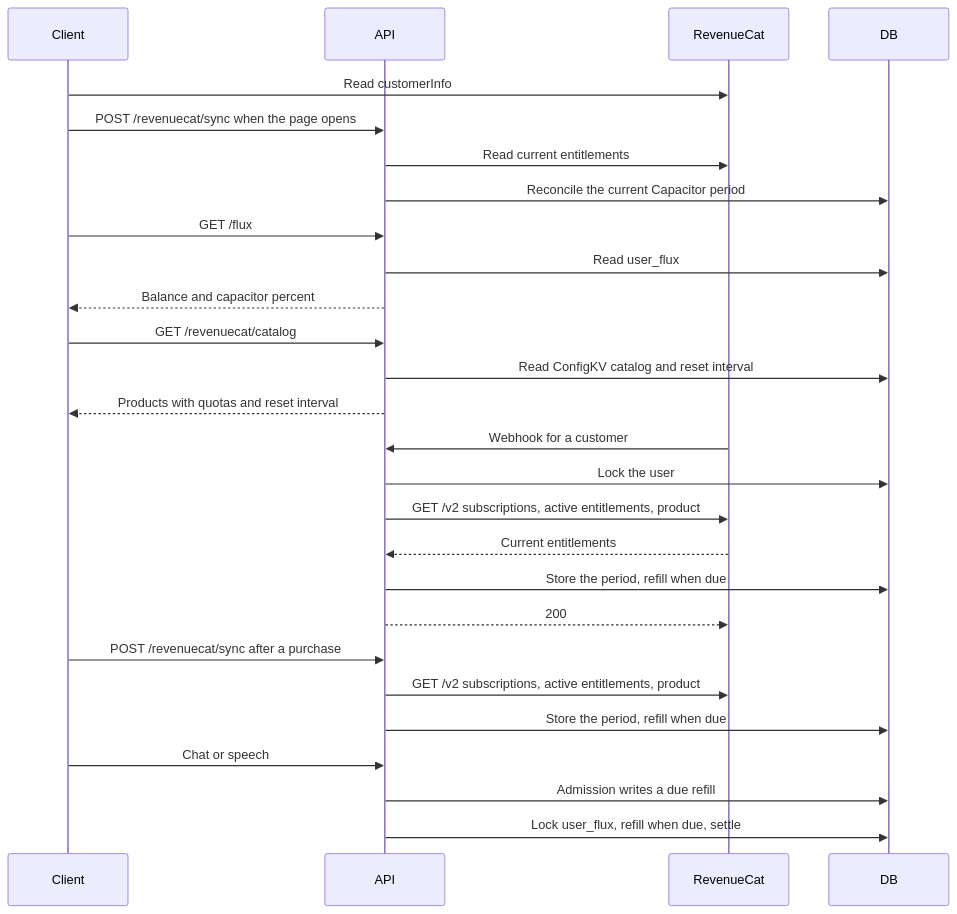
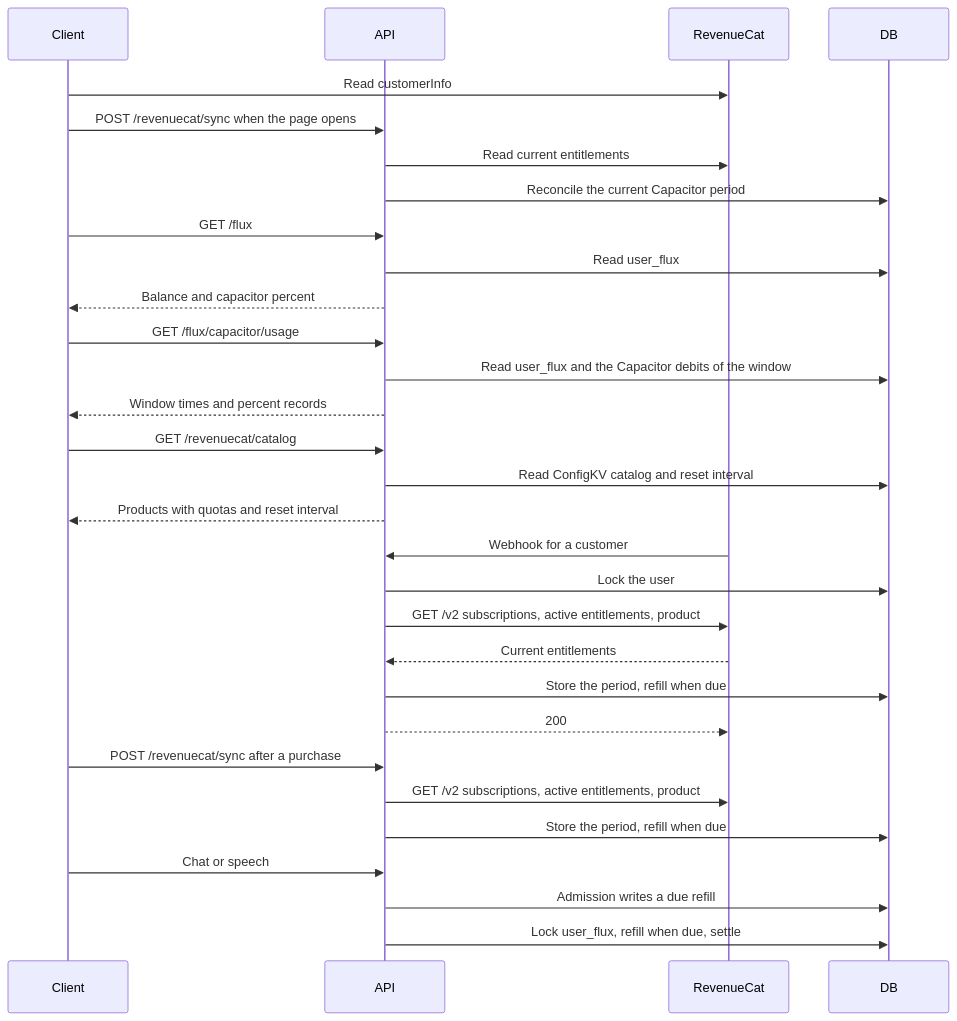
The second of 2 diagrams in server/docs/ai/adr/2026-10-04-subscription-credits.md (moeru-ai/airi), drawn with Mermaid before and after one commit. The commit also changed other lines of this file and 29 other files, not shown here.

````diff
--- a/server/docs/ai/adr/2026-10-04-subscription-credits.md
+++ b/server/docs/ai/adr/2026-10-04-subscription-credits.md
@@ -206,29 +214,32 @@
 ```mermaid
 sequenceDiagram
   participant Client
   participant API
   participant RC as RevenueCat
   participant DB
   Client->>RC: Read customerInfo
   Client->>API: POST /revenuecat/sync when the page opens
   API->>RC: Read current entitlements
   API->>DB: Reconcile the current Capacitor period
   Client->>API: GET /flux
   API->>DB: Read user_flux
   API-->>Client: Balance and capacitor percent
+  Client->>API: GET /flux/capacitor/usage
+  API->>DB: Read user_flux and the Capacitor debits of the window
+  API-->>Client: Window times and percent records
   Client->>API: GET /revenuecat/catalog
   API->>DB: Read ConfigKV catalog and reset interval
   API-->>Client: Products with quotas and reset interval
   RC->>API: Webhook for a customer
   API->>DB: Lock the user
   API->>RC: GET /v2 subscriptions, active entitlements, product
   RC-->>API: Current entitlements
   API->>DB: Store the period, refill when due
   API-->>RC: 200
   Client->>API: POST /revenuecat/sync after a purchase
   API->>RC: GET /v2 subscriptions, active entitlements, product
   API->>DB: Store the period, refill when due
   Client->>API: Chat or speech
   API->>DB: Admission writes a due refill
   API->>DB: Lock user_flux, refill when due, settle
 ```
````
